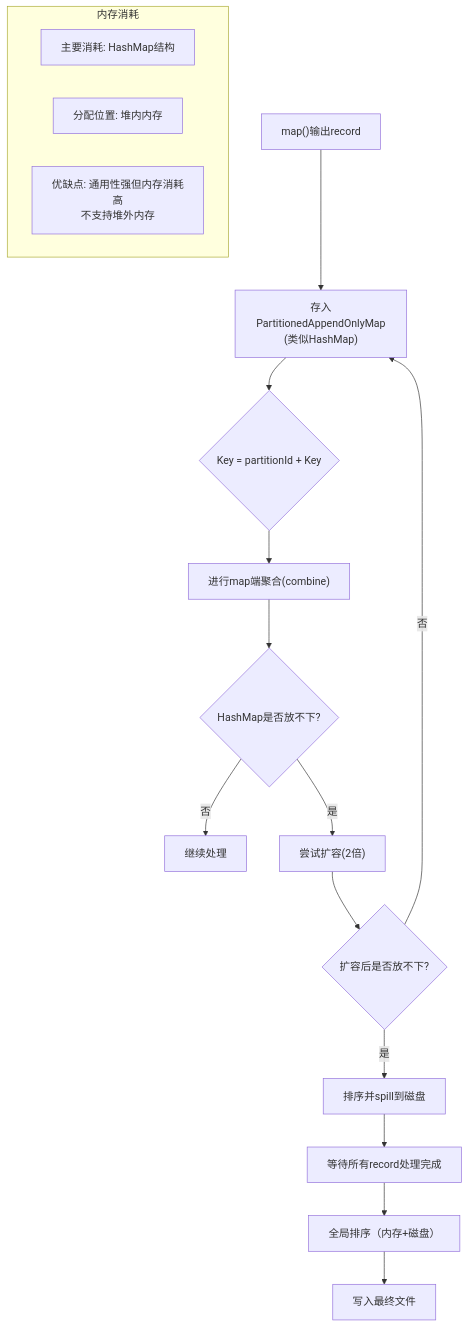
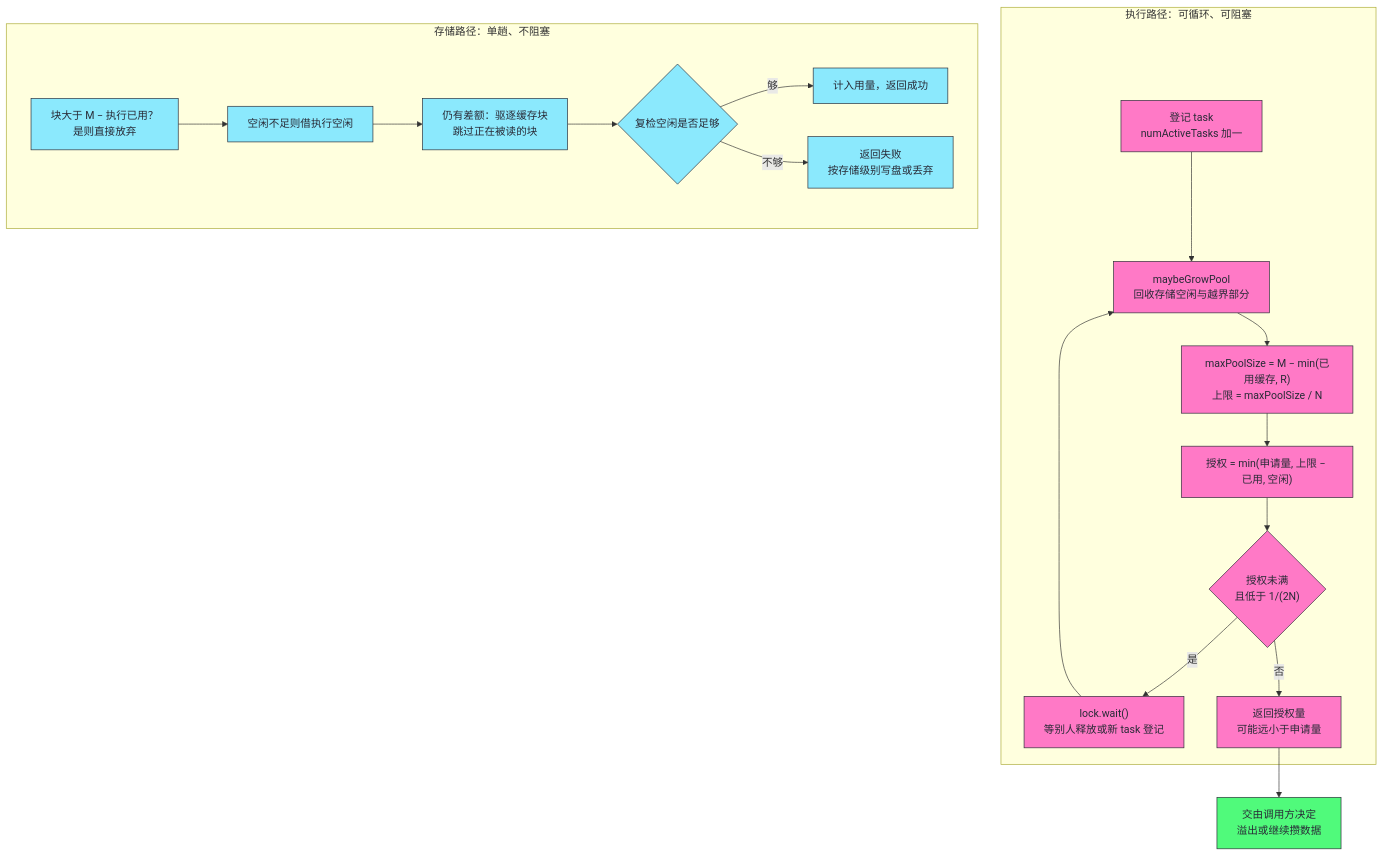
One commit to hpliStartAgain/my-brain changed the fifth of 6 diagrams in content/大数据/Spark/读书笔记-spark内核/04_存储与容错机制/2. Spark内存管理模型深度解析.md. Above: the diagram before and after it, drawn with Mermaid. The commit also changed other lines of this file and 259 other files, not shown here.

````diff
--- a/content/大数据/Spark/读书笔记-spark内核/04_存储与容错机制/2. Spark内存管理模型深度解析.md
+++ b/content/大数据/Spark/读书笔记-spark内核/04_存储与容错机制/2. Spark内存管理模型深度解析.md
@@ -283,21 +348,27 @@
 ```mermaid
+%%{init: {'theme': 'dracula'}}%%
 flowchart TD
-    A["map()输出<K,V>record"] --> B["存入PartitionedAppendOnlyMap<br>(类似HashMap)"]
-    B --> C{"Key = partitionId + Key"}
-    C --> D["进行map端聚合(combine)"]
-    D --> E{"HashMap是否放不下?"}
-    E -->|"否"| F["继续处理"]
-    E -->|"是"| G["尝试扩容(2倍)"]
-    G --> H{"扩容后是否放不下?"}
-    H -->|"是"| I["排序并spill到磁盘"]
-    H -->|"否"| B
-    I --> J["等待所有record处理完成"]
-    J --> K["全局排序（内存+磁盘）"]
-    K --> L["写入最终文件"]
-    
-    subgraph "内存消耗"
-        M["主要消耗: HashMap结构"]
-        N["分配位置: 堆内内存"]
-        O["优缺点: 通用性强但内存消耗高<br>不支持堆外内存"]
+    subgraph EJ["执行路径：可循环、可阻塞"]
+        A1["登记 task<br>numActiveTasks 加一"] --> A2["maybeGrowPool<br>回收存储空闲与越界部分"]
+        A2 --> A3["maxPoolSize = M − min(已用缓存, R)<br>上限 = maxPoolSize / N"]
+        A3 --> A4["授权 = min(申请量, 上限 − 已用, 空闲)"]
+        A4 --> A5{"授权未满<br>且低于 1/(2N)"}
+        A5 -->|"是"| A6["lock.wait()<br>等别人释放或新 task 登记"]
+        A6 --> A2
+        A5 -->|"否"| A7["返回授权量<br>可能远小于申请量"]
     end
+    subgraph SJ["存储路径：单趟、不阻塞"]
+        B1["块大于 M − 执行已用？<br>是则直接放弃"] --> B2["空闲不足则借执行空闲"]
+        B2 --> B3["仍有差额：驱逐缓存块<br>跳过正在被读的块"]
+        B3 --> B4{"复检空闲是否足够"}
+        B4 -->|"够"| B5["计入用量，返回成功"]
+        B4 -->|"不够"| B6["返回失败<br>按存储级别写盘或丢弃"]
+    end
+    A7 --> E["交由调用方决定<br>溢出或继续攒数据"]
+    classDef exec fill:#ff79c6,stroke:#282a36,color:#282a36
+    classDef store fill:#8be9fd,stroke:#282a36,color:#282a36
+    classDef endn fill:#50fa7b,stroke:#282a36,color:#282a36
+    class A1,A2,A3,A4,A5,A6,A7 exec
+    class B1,B2,B3,B4,B5,B6 store
+    class E endn
 ```
````
